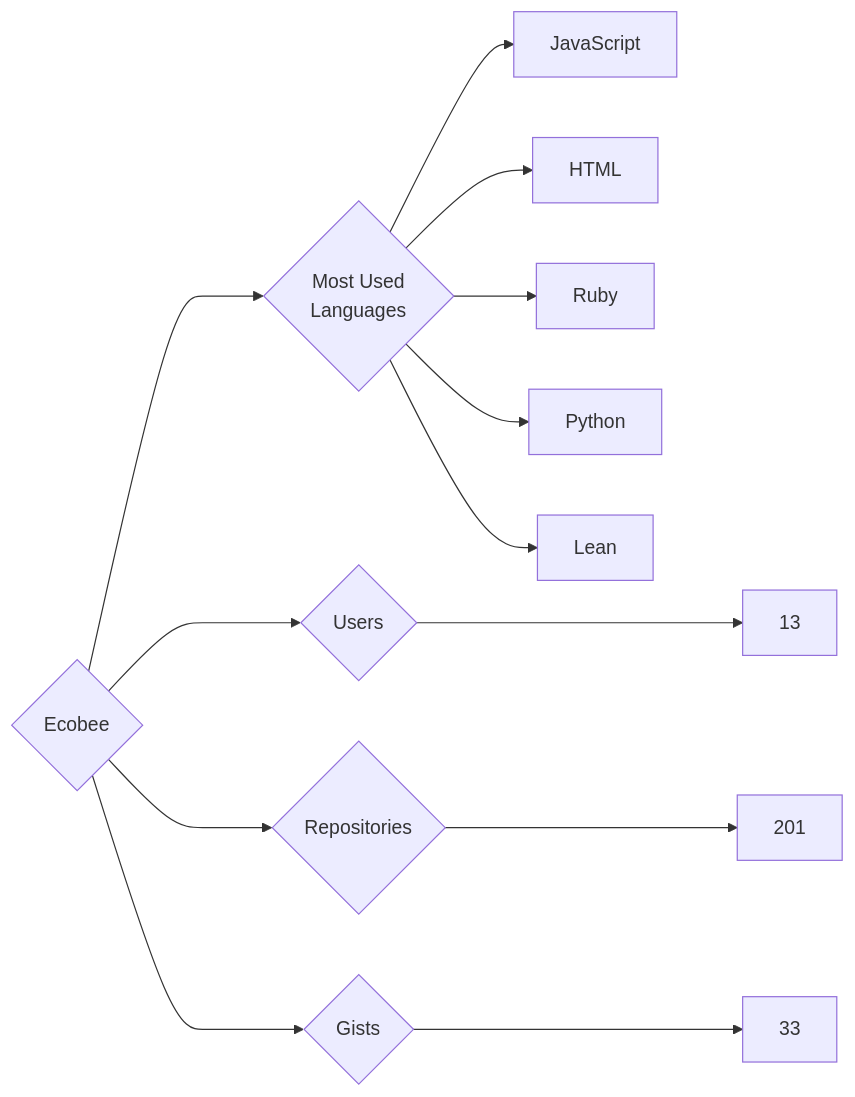
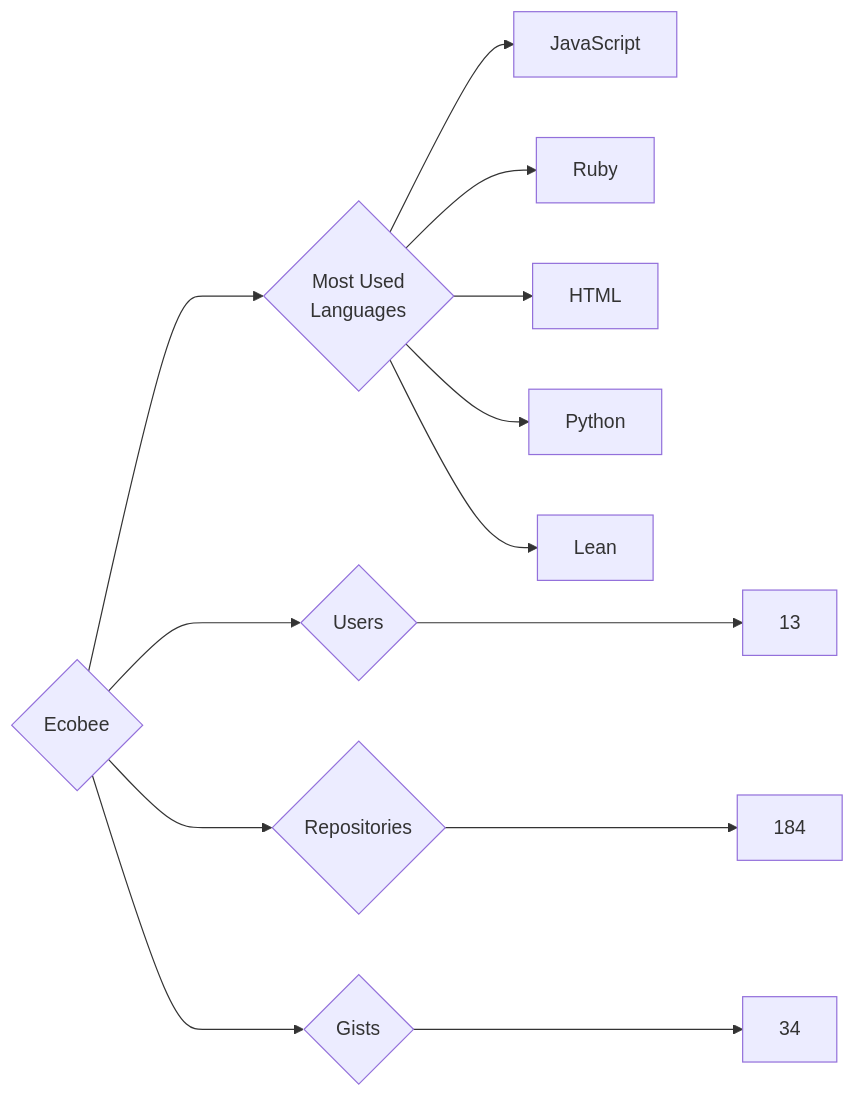
One commit to trickest/insiders changed the diagram in targets/Ecobee/README.md. Above: the diagram before and after it, drawn with Mermaid. The commit also changed 657 other files, not shown here.

````diff
--- a/targets/Ecobee/README.md
+++ b/targets/Ecobee/README.md
@@ -3,13 +3,13 @@
 ```mermaid
 graph LR
 COMPANY_NAME{Ecobee}
 COMPANY_NAME ---> U{Users} ---> UN[13]
-COMPANY_NAME ---> R{Repositories} ---> RN[201]
-COMPANY_NAME ---> G{Gists} ---> GN[33]
+COMPANY_NAME ---> R{Repositories} ---> RN[184]
+COMPANY_NAME ---> G{Gists} ---> GN[34]
 COMPANY_NAME ---> ML{Most Used<br>Languages}
 ML --> JavaScript[JavaScript]
+ML --> Ruby[Ruby]
 ML --> HTML[HTML]
-ML --> Ruby[Ruby]
 ML --> Python[Python]
 ML --> Lean[Lean]
 ```
````
